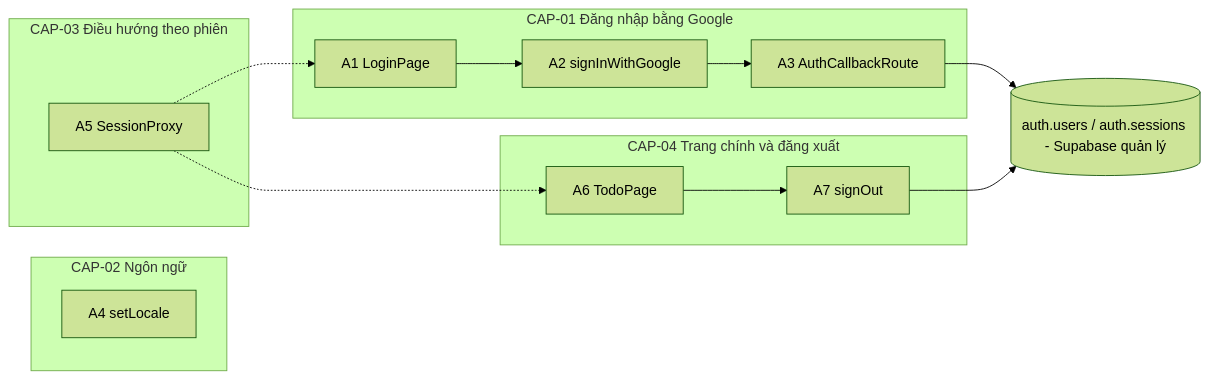
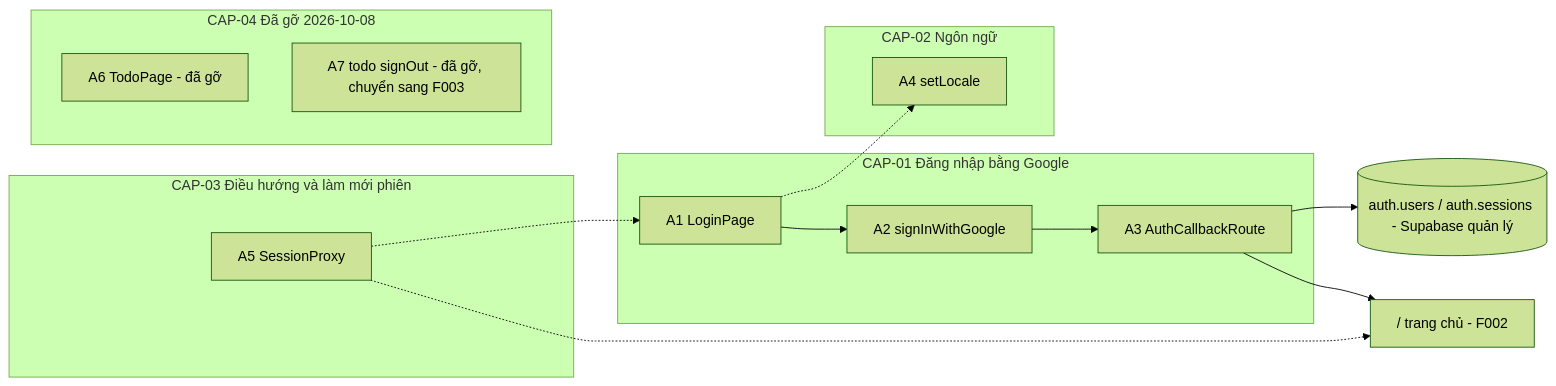
The first of 3 diagrams in docs/features/F001_LoginWithGoogle/technical-spec.md (lannp-3774/agentic-coding-hands-on), drawn with Mermaid (forest theme) before and after one commit. The commit also changed other lines of this file and 48 other files, not shown here.

````diff
--- a/docs/features/F001_LoginWithGoogle/technical-spec.md
+++ b/docs/features/F001_LoginWithGoogle/technical-spec.md
@@ -15,19 +24,21 @@
 ```mermaid
 flowchart LR
     subgraph CAP01["CAP-01 Đăng nhập bằng Google"]
-        A1[A1 LoginPage] --> A2[A2 signInWithGoogle] --> A3[A3 AuthCallbackRoute]
+        A1["A1 LoginPage"] --> A2["A2 signInWithGoogle"] --> A3["A3 AuthCallbackRoute"]
     end
     subgraph CAP02["CAP-02 Ngôn ngữ"]
-        A4[A4 setLocale]
+        A4["A4 setLocale"]
     end
-    subgraph CAP03["CAP-03 Điều hướng theo phiên"]
-        A5[A5 SessionProxy]
+    subgraph CAP03["CAP-03 Điều hướng và làm mới phiên"]
+        A5["A5 SessionProxy"]
     end
-    subgraph CAP04["CAP-04 Trang chính và đăng xuất"]
-        A6[A6 TodoPage] --> A7[A7 signOut]
+    subgraph CAP04["CAP-04 Đã gỡ 2026-10-08"]
+        A6["A6 TodoPage - đã gỡ"]
+        A7["A7 todo signOut - đã gỡ, chuyển sang F003"]
     end
     A3 --> SB[("auth.users / auth.sessions - Supabase quản lý")]
-    A7 --> SB
+    A3 --> HP["/ trang chủ - F002"]
     A5 -.-> A1
-    A5 -.-> A6
+    A5 -.-> HP
+    A1 -.-> A4
 ```
````
